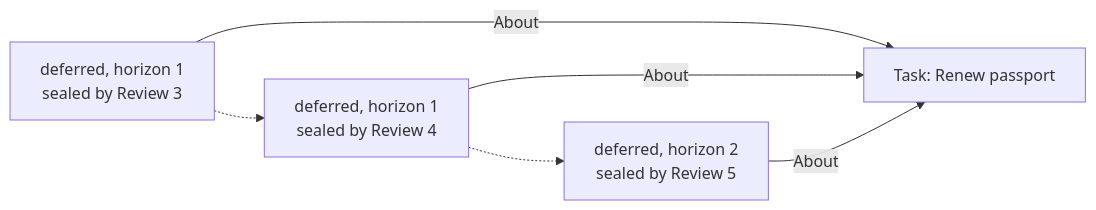
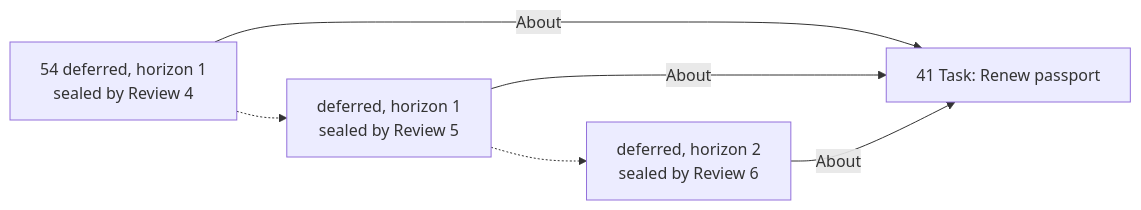
Before and after one commit to RezaOnGithub/lifecore: the seventh of 12 diagrams in docs/PLANNING-EXPLAINER.md, drawn with Mermaid. The commit also changed other lines of this file and 1 other file, not shown here.

````diff
--- a/docs/PLANNING-EXPLAINER.md
+++ b/docs/PLANNING-EXPLAINER.md
@@ -287,8 +737,8 @@
 ```mermaid
 flowchart LR
-    T["Task: Renew passport"]
-    S1["deferred, horizon 1<br/>sealed by Review 3"] -- About --> T
-    S2["deferred, horizon 1<br/>sealed by Review 4"] -- About --> T
-    S3["deferred, horizon 2<br/>sealed by Review 5"] -- About --> T
+    T["41 Task: Renew passport"]
+    S1["54 deferred, horizon 1<br/>sealed by Review 4"] -- About --> T
+    S2["deferred, horizon 1<br/>sealed by Review 5"] -- About --> T
+    S3["deferred, horizon 2<br/>sealed by Review 6"] -- About --> T
     S1 -.-> S2 -.-> S3
 ```
````
